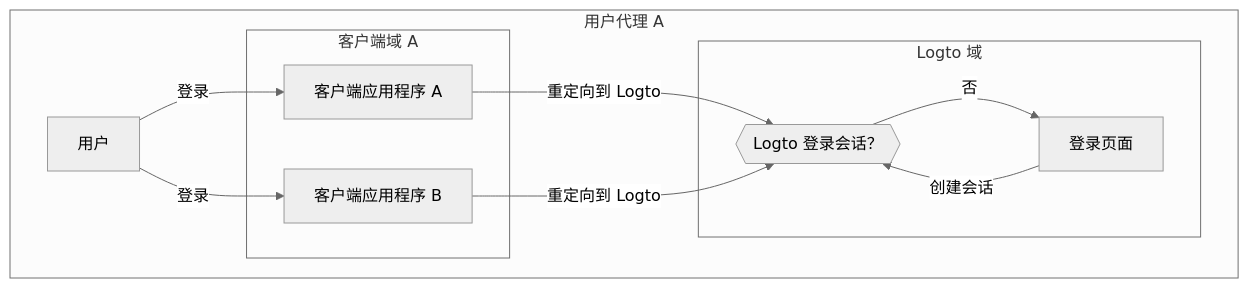
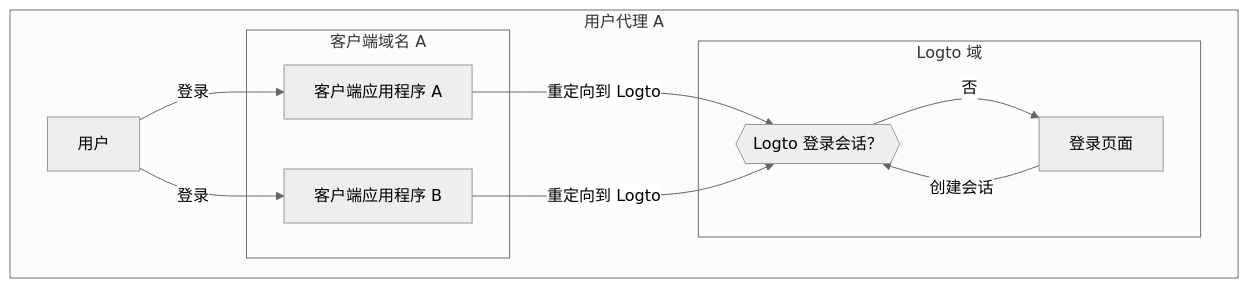
One commit to logto-io/docs changed the second of 3 diagrams in i18n/zh-CN/docusaurus-plugin-content-docs/current/end-user-flows/sign-out.mdx. Above: the diagram before and after it, drawn with Mermaid (neutral theme). The commit also changed other lines of this file and 137 other files, not shown here.

````diff
--- a/i18n/zh-CN/docusaurus-plugin-content-docs/current/end-user-flows/sign-out.mdx
+++ b/i18n/zh-CN/docusaurus-plugin-content-docs/current/end-user-flows/sign-out.mdx
@@ -59,26 +59,26 @@
    ```mermaid
     flowchart TD
     subgraph User [用户代理 A]
       U[用户]
 
-      subgraph Layer1 [客户端域 A]
+      subgraph Layer1 [客户端域名 A]
         A[客户端应用程序 A]
       end
 
-      subgraph Layer1 [客户端域 B]
+      subgraph Layer1 [客户端域名 B]
         B[客户端应用程序 B]
       end
 
       subgraph Layer2 [Logto 域]
           C{{Logto 登录会话？}}
           D[登录页面]
       end
     end
 
     U --> |登录| A
     A --> |重定向到 Logto| C
     U --> |登录| B
     B --> |重定向到 Logto| C
     C --> |否| D
     D --> |创建会话| C
    ```
````
